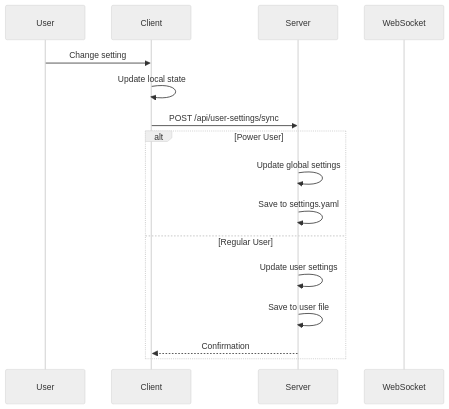
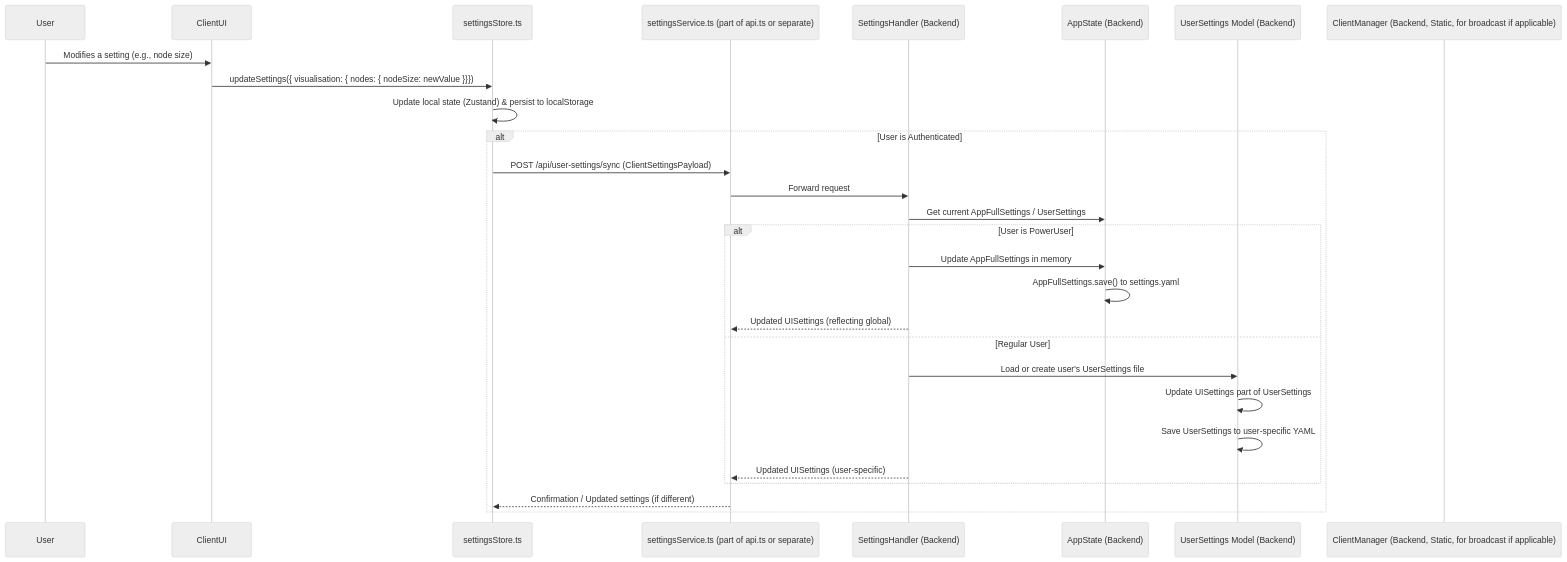
The seventh of 9 diagrams in README.md (DreamLab-AI/VisionFlow), drawn with Mermaid (neutral theme) before and after one commit. The commit also changed other lines of this file and 22 other files, not shown here.

````diff
--- a/README.md
+++ b/README.md
@@ -414,20 +427,36 @@
 ```mermaid
 sequenceDiagram
-    participant User as User
-    participant Client as Client
-    participant Server as Server
-    participant WS as WebSocket
+    participant User
+    participant ClientUI
+    participant SettingsStoreClient as settingsStore.ts
+    participant SettingsSvcClient as settingsService.ts (part of api.ts or separate)
+    participant ServerSettingsH as SettingsHandler (Backend)
+    participant ServerAppState as AppState (Backend)
+    participant ServerUserSettings as UserSettings Model (Backend)
+    participant ServerClientMgr as ClientManager (Backend, Static, for broadcast if applicable)
 
-    User->>Client: Change setting
-    Client->>Client: Update local state
-    Client->>Server: POST /api/user-settings/sync
-    
-    alt Power User
-        Server->>Server: Update global settings
-        Server->>Server: Save to settings.yaml
-    else Regular User
-        Server->>Server: Update user settings
-        Server->>Server: Save to user file
-        Server-->>Client: Confirmation
+    User->>ClientUI: Modifies a setting (e.g., node size)
+    ClientUI->>SettingsStoreClient: updateSettings({ visualisation: { nodes: { nodeSize: newValue }}})
+    SettingsStoreClient->>SettingsStoreClient: Update local state (Zustand) & persist to localStorage
+
+    alt User is Authenticated
+        SettingsStoreClient->>SettingsSvcClient: POST /api/user-settings/sync (ClientSettingsPayload)
+        SettingsSvcClient->>ServerSettingsH: Forward request
+        ServerSettingsH->>ServerAppState: Get current AppFullSettings / UserSettings
+        alt User is PowerUser
+            ServerSettingsH->>ServerAppState: Update AppFullSettings in memory
+            ServerAppState->>ServerAppState: AppFullSettings.save() to settings.yaml
+            ServerSettingsH-->>SettingsSvcClient: Updated UISettings (reflecting global)
+            %% Optional: Server broadcasts global settings change if implemented
+            %% ServerAppState->>ServerClientMgr: BroadcastGlobalSettingsUpdate(updated_AppFullSettings)
+            %% ServerClientMgr-->>OtherClients: Global settings update message
+        else Regular User
+            ServerSettingsH->>ServerUserSettings: Load or create user's UserSettings file
+            ServerUserSettings->>ServerUserSettings: Update UISettings part of UserSettings
+            ServerUserSettings->>ServerUserSettings: Save UserSettings to user-specific YAML
+            ServerSettingsH-->>SettingsSvcClient: Updated UISettings (user-specific)
+        end
+        SettingsSvcClient-->>SettingsStoreClient: Confirmation / Updated settings (if different)
+        %% Client store might re-sync if server response indicates changes
     end
 ```
````
